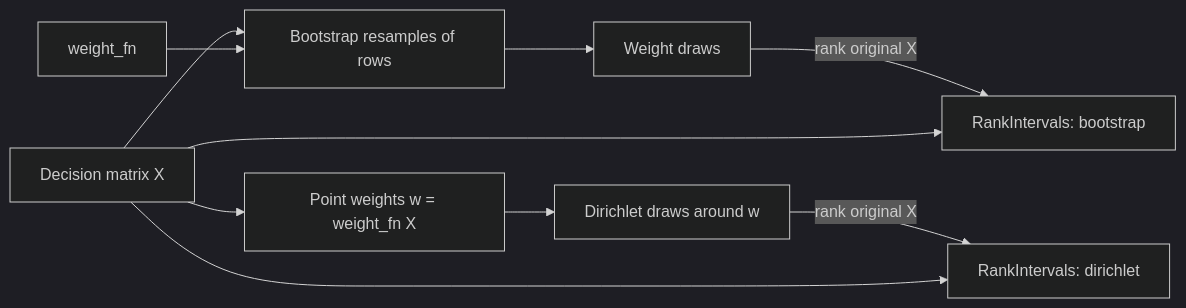
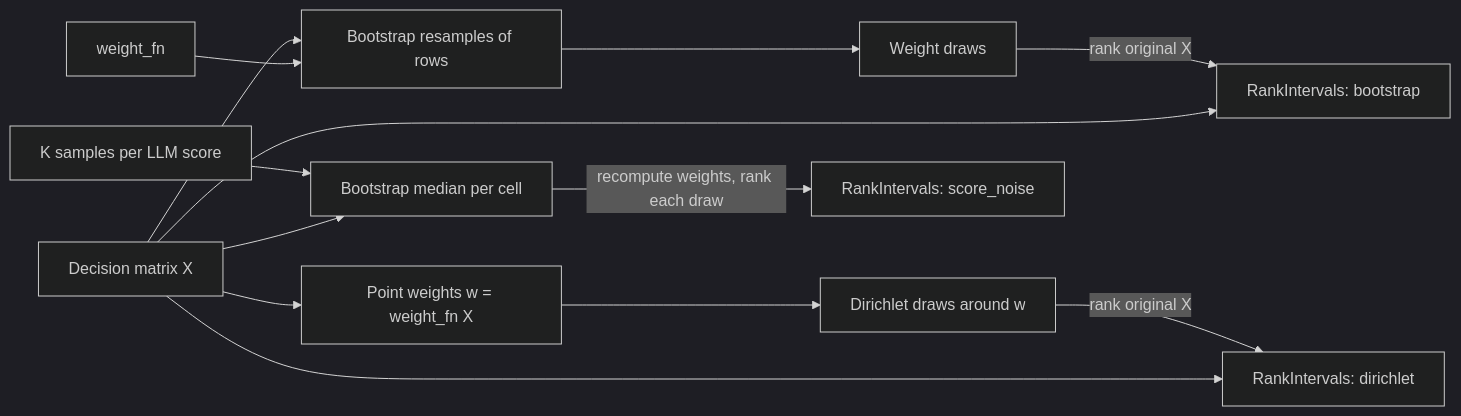
One commit to whoimad/maid changed the diagram in docs/architecture/robustness.md. Above: the diagram before and after it, drawn with Mermaid (dark theme). The commit also changed other lines of this file and 6 other files, not shown here.

First line of the commit message:
docs: score noise as a third source (D16)

````diff
--- a/docs/architecture/robustness.md
+++ b/docs/architecture/robustness.md
@@ -7,12 +7,15 @@
 ```mermaid
 flowchart LR
     X[Decision matrix X] --> B[Bootstrap resamples of rows]
     F[weight_fn] --> B
     B --> BW[Weight draws]
     BW -->|rank original X| RI1[RankIntervals: bootstrap]
     X --> P[Point weights w = weight_fn X]
     P --> D[Dirichlet draws around w]
     D -->|rank original X| RI2[RankIntervals: dirichlet]
     X --> RI1
     X --> RI2
+    S[K samples per LLM score] --> SN[Bootstrap median per cell]
+    X --> SN
+    SN -->|recompute weights, rank each draw| RI3[RankIntervals: score_noise]
 ```
````
